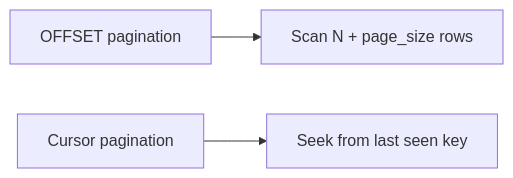
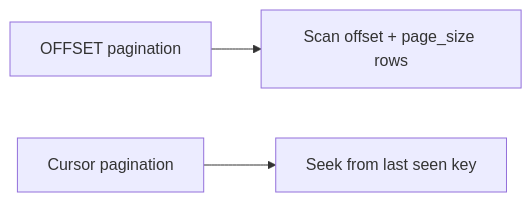
The first of 3 diagrams in docs/database/pagination.md (AmazingCaddy/readings-backend), drawn with Mermaid before and after one commit. The commit also changed other lines of this file, not shown here.

Commit message:
docs: expand pagination guide

````diff
--- a/docs/database/pagination.md
+++ b/docs/database/pagination.md
@@ -9,5 +12,5 @@
 ```mermaid
 flowchart LR
-    A[OFFSET pagination] --> B[Scan N + page_size rows]
+    A[OFFSET pagination] --> B[Scan offset + page_size rows]
     C[Cursor pagination] --> D[Seek from last seen key]
 ```
````
